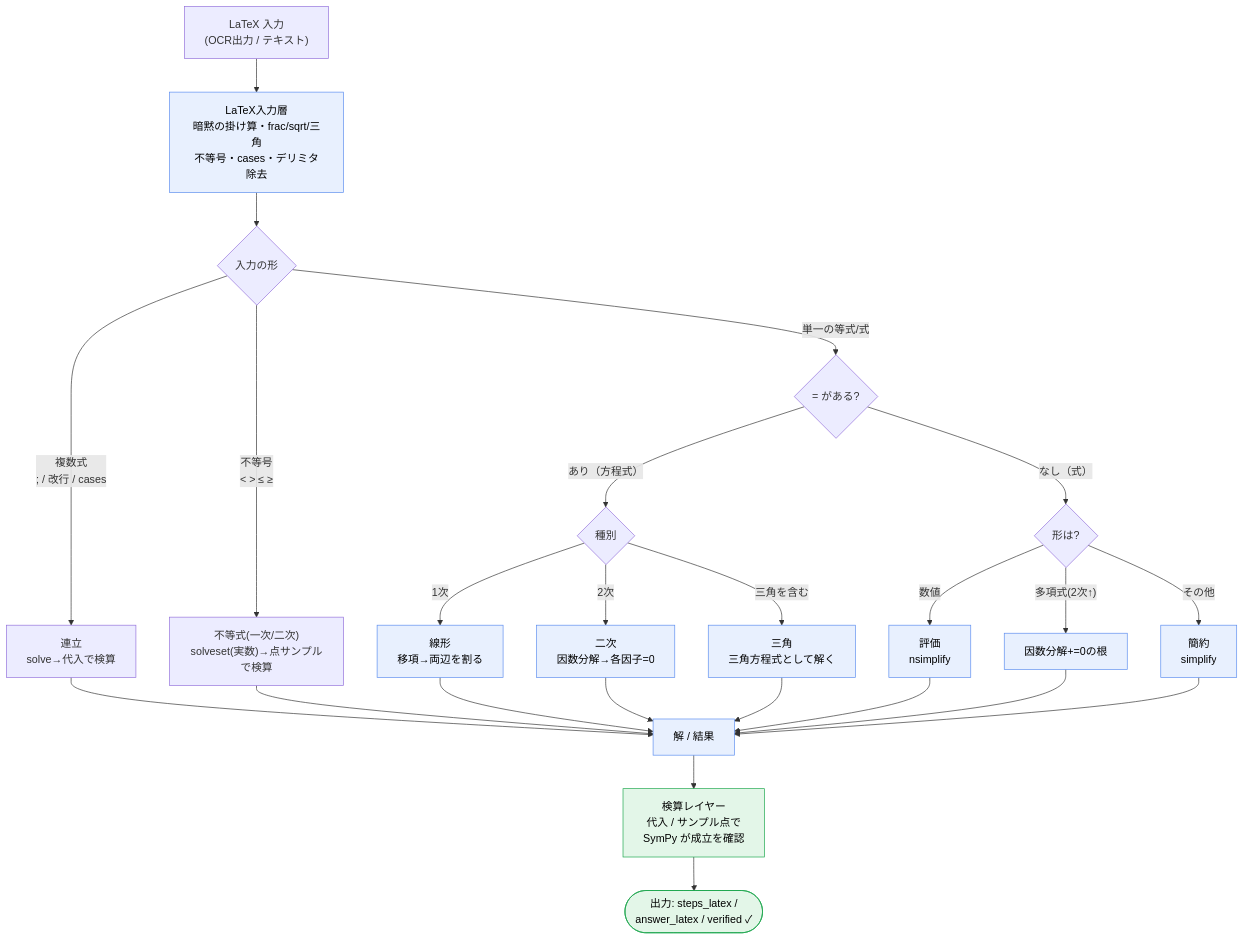
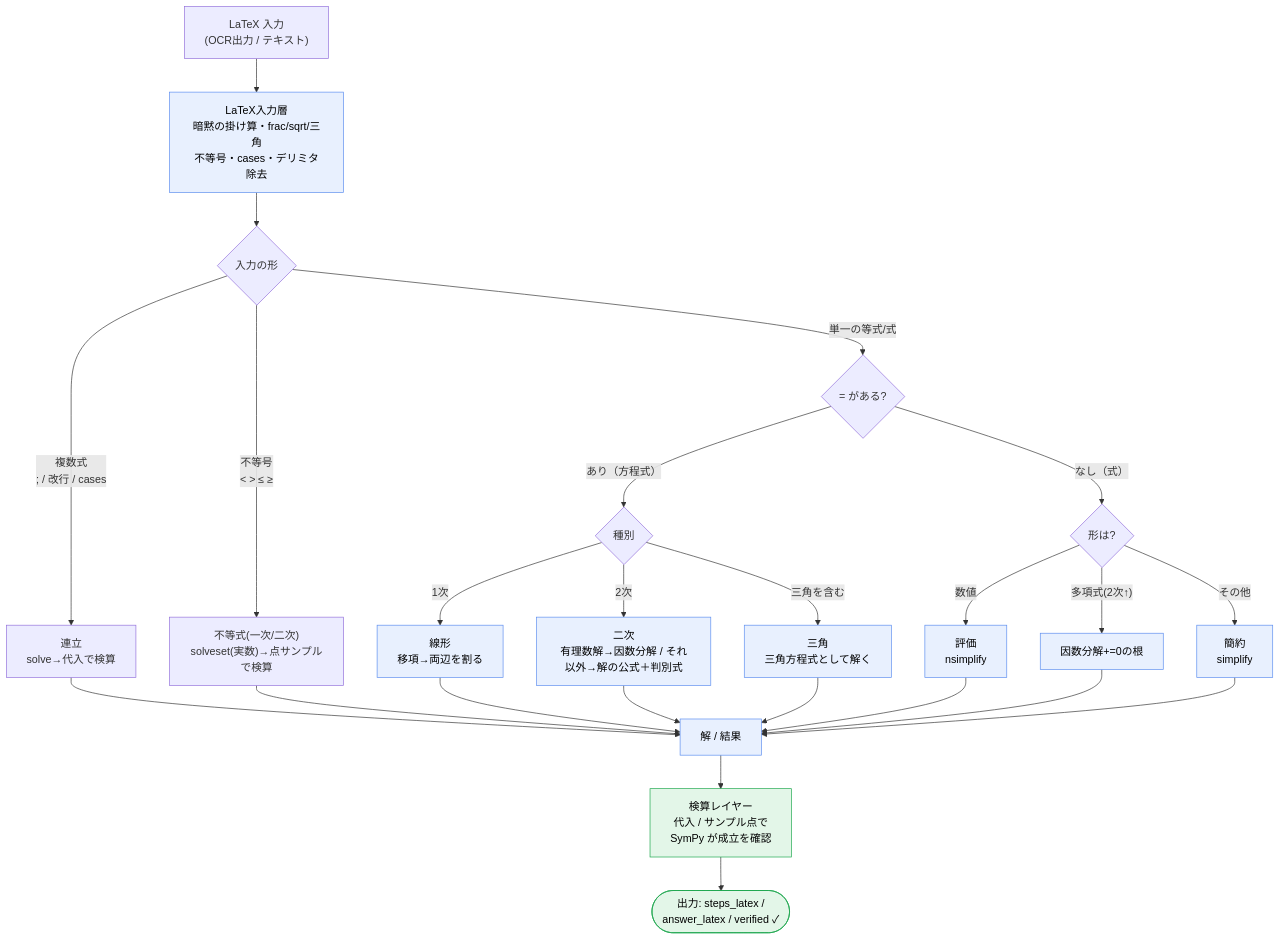
The second of 2 diagrams in README.md (naka-himatubushi/sugaku-pad), drawn with Mermaid before and after one commit. The commit also changed other lines of this file and 5 other files, not shown here.

````diff
--- a/README.md
+++ b/README.md
@@ -77,30 +57,30 @@
 ```mermaid
 flowchart TD
     IN["LaTeX 入力<br/>(OCR出力 / テキスト)"] --> NORM["LaTeX入力層<br/>暗黙の掛け算・frac/sqrt/三角<br/>不等号・cases・デリミタ除去"]
     NORM --> RT{"入力の形"}
     RT -->|"複数式<br/>; / 改行 / cases"| SYS["連立<br/>solve→代入で検算"]
     RT -->|"不等号<br/>&lt; &gt; ≤ ≥"| INQ["不等式(一次/二次)<br/>solveset(実数)→点サンプルで検算"]
     RT -->|"単一の等式/式"| Q{"= がある?"}
     Q -->|"あり（方程式）"| EQ{"種別"}
     EQ -->|"1次"| L["線形<br/>移項→両辺を割る"]
-    EQ -->|"2次"| QD["二次<br/>因数分解→各因子=0"]
+    EQ -->|"2次"| QD["二次<br/>有理数解→因数分解 / それ以外→解の公式＋判別式"]
     EQ -->|"三角を含む"| TR["三角<br/>三角方程式として解く"]
     Q -->|"なし（式）"| EX{"形は?"}
     EX -->|"数値"| NU["評価<br/>nsimplify"]
     EX -->|"多項式(2次↑)"| PO["因数分解+=0の根"]
     EX -->|"その他"| SI["簡約<br/>simplify"]
     SYS --> SOL["解 / 結果"]
     INQ --> SOL
     L --> SOL
     QD --> SOL
     TR --> SOL
     NU --> SOL
     PO --> SOL
     SI --> SOL
     SOL --> VF["検算レイヤー<br/>代入 / サンプル点で<br/>SymPy が成立を確認"]
     VF --> OUT(["出力: steps_latex /<br/>answer_latex / verified ✓"])
     classDef det fill:#e8f0fe,stroke:#5b8def,color:#000;
     classDef verify fill:#e3f6e8,stroke:#1aa64b,color:#000;
     class NORM,L,QD,TR,NU,PO,SI,SOL det;
     class VF,OUT verify;
 ```
````
